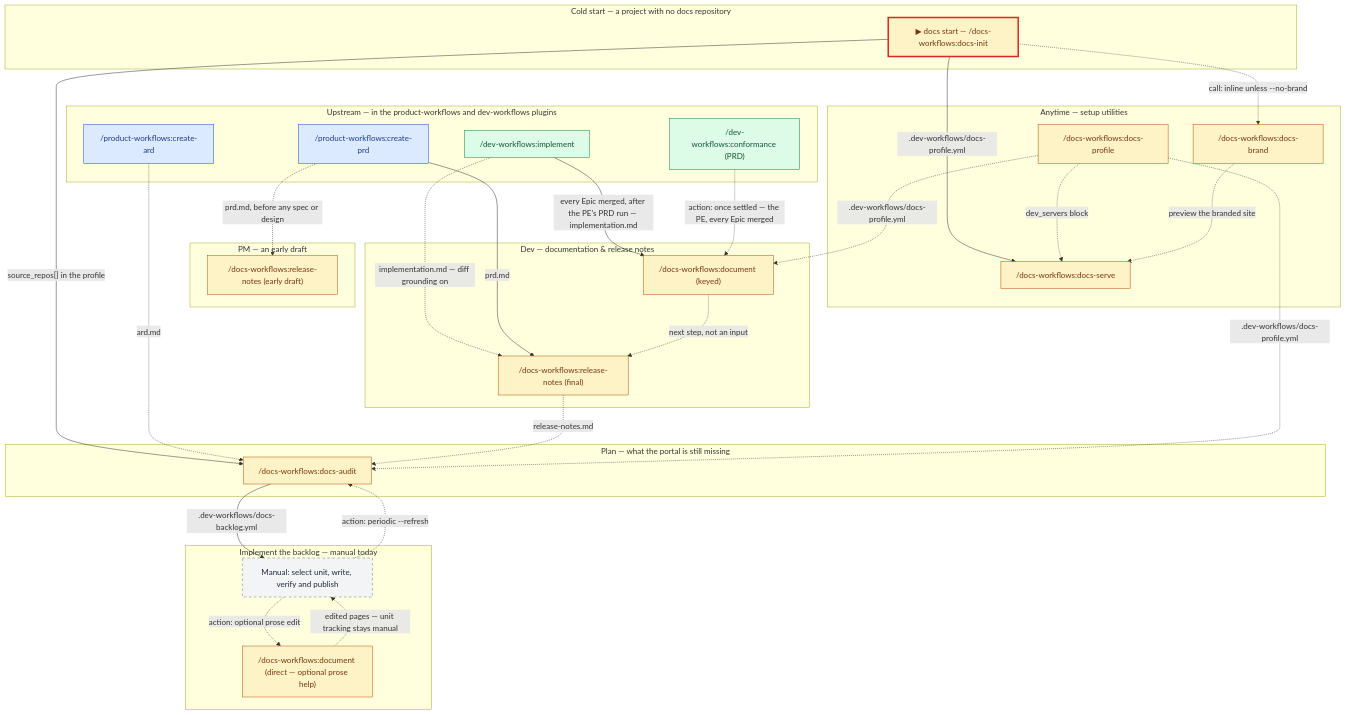
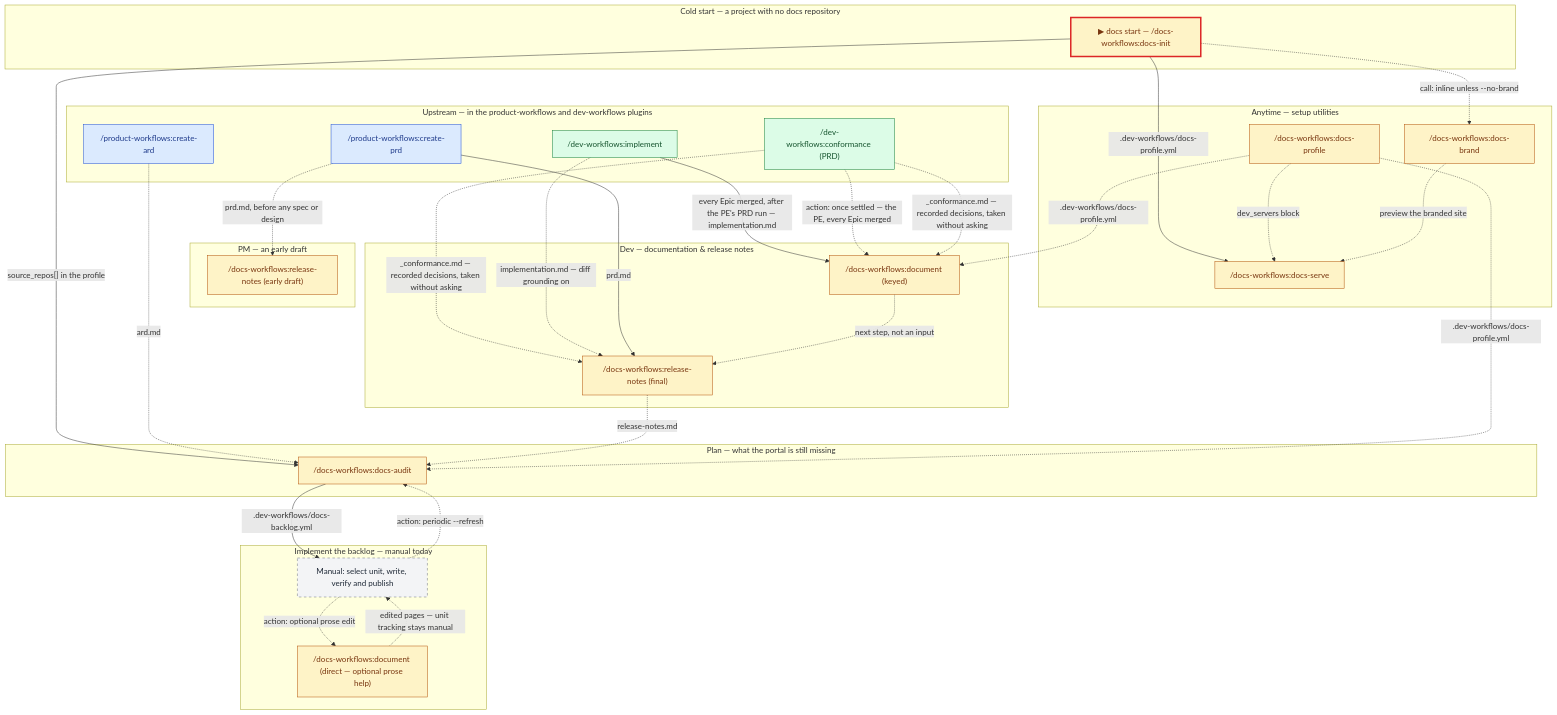
Before and after one commit to ihudak/ai-workflows: the diagram in plugins/docs-workflows/docs/workflow.md, drawn with Mermaid. The commit also changed other lines of this file and 8 other files, not shown here.

First line of the commit message:
docs: /ready's Delivery verified stage and /document's recorded decisions on the user pages and diagrams (Plan 2, D21–D22)

````diff
--- a/plugins/docs-workflows/docs/workflow.md
+++ b/plugins/docs-workflows/docs/workflow.md
@@ -5,58 +5,60 @@
 ```mermaid
 flowchart TD
     subgraph UP["Upstream — in the product-workflows and dev-workflows plugins"]
         implement["/dev-workflows:implement"]:::dev
         conformanceprd["/dev-workflows:conformance (PRD)"]:::dev
         createprd["/product-workflows:create-prd"]:::prod
         createard["/product-workflows:create-ard"]:::prod
     end
     subgraph EARLY["PM — an early draft"]
         rnpm["/docs-workflows:release-notes (early draft)"]:::docs
     end
     subgraph DOCS["Dev — documentation & release notes"]
         document["/docs-workflows:document (keyed)"]:::docs
         rndev["/docs-workflows:release-notes (final)"]:::docs
     end
     subgraph COLD["Cold start — a project with no docs repository"]
         init["▶ docs start — /docs-workflows:docs-init"]:::docs
     end
     subgraph PLAN["Plan — what the portal is still missing"]
         audit["/docs-workflows:docs-audit"]:::docs
     end
     subgraph MANUAL["Implement the backlog — manual today"]
         units["Manual: select unit, write, verify and publish"]:::manual
         direct["/docs-workflows:document (direct — optional prose help)"]:::docs
     end
     subgraph SETUP["Anytime — setup utilities"]
         profile["/docs-workflows:docs-profile"]:::docs
         brand["/docs-workflows:docs-brand"]:::docs
         docsserve["/docs-workflows:docs-serve"]:::docs
     end
 
     implement -->|"every Epic merged, after the PE's PRD run — implementation.md"| document
     conformanceprd -.->|"action: once settled — the PE, every Epic merged"| document
+    conformanceprd -.->|"_conformance.md — recorded decisions, taken without asking"| document
+    conformanceprd -.->|"_conformance.md — recorded decisions, taken without asking"| rndev
     implement -.->|implementation.md — diff grounding on| rndev
     createprd -.->|prd.md, before any spec or design| rnpm
     createprd -->|prd.md| rndev
     document -.->|next step, not an input| rndev
     init -.->|call: inline unless --no-brand| brand
     init -->|"source_repos[] in the profile"| audit
     createard -.->|ard.md| audit
     rndev -.->|release-notes.md| audit
     audit -->|.dev-workflows/docs-backlog.yml| units
     units -.->|action: optional prose edit| direct
     direct -.->|edited pages — unit tracking stays manual| units
     units -.->|action: periodic --refresh| audit
     init -->|.dev-workflows/docs-profile.yml| docsserve
     profile -.->|.dev-workflows/docs-profile.yml| document
     profile -.->|.dev-workflows/docs-profile.yml| audit
     profile -.->|dev_servers block| docsserve
     brand -.->|preview the branded site| docsserve
 
     classDef prod fill:#dbeafe,stroke:#1d4ed8,color:#1e3a8a
     classDef dev fill:#dcfce7,stroke:#15803d,color:#14532d
     classDef docs fill:#fef3c7,stroke:#b45309,color:#78350f
     classDef manual fill:#f3f4f6,stroke:#6b7280,color:#1f2937,stroke-dasharray:5 5
     classDef entry stroke:#dc2626,stroke-width:3px
     class init entry
 ```
````
